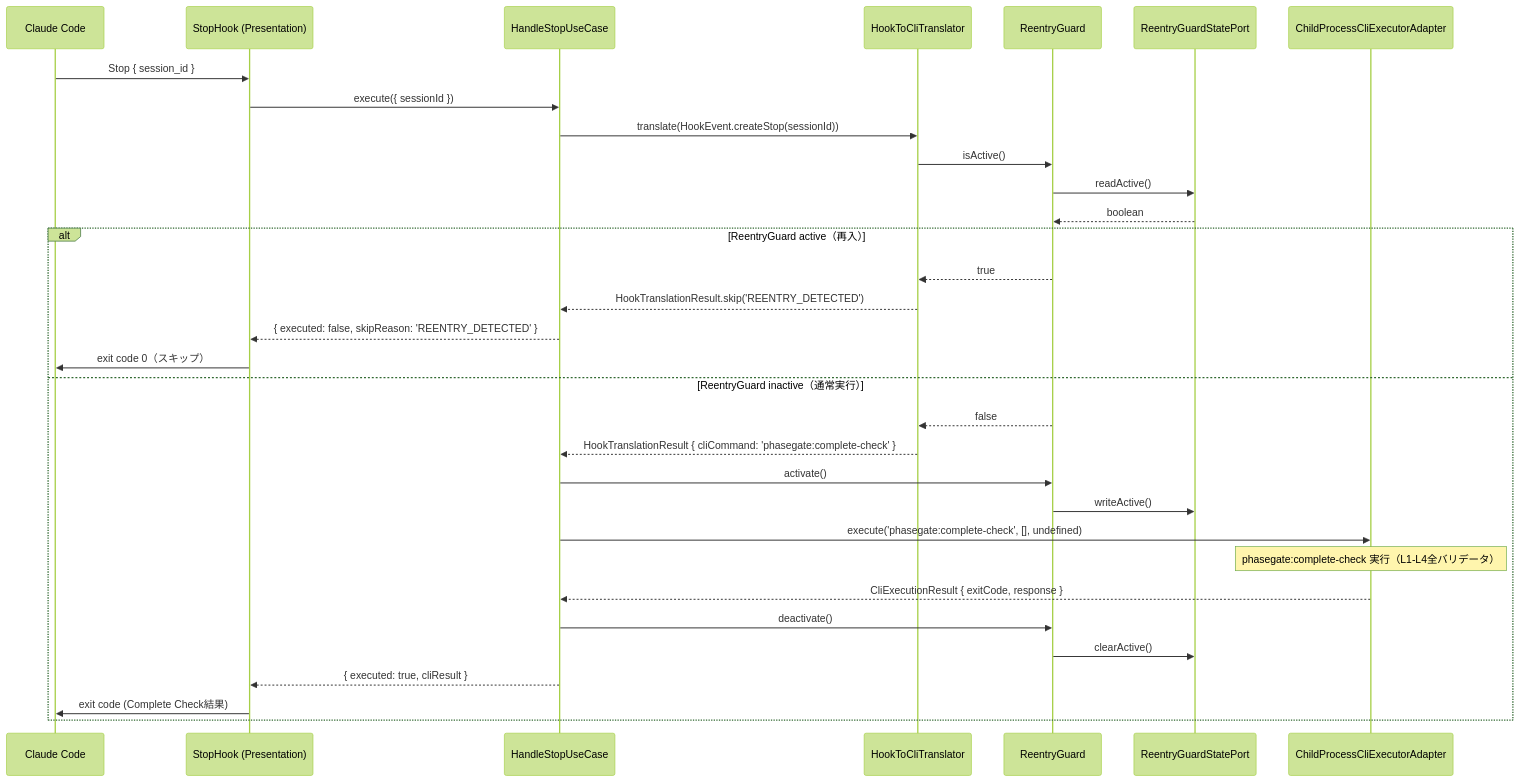
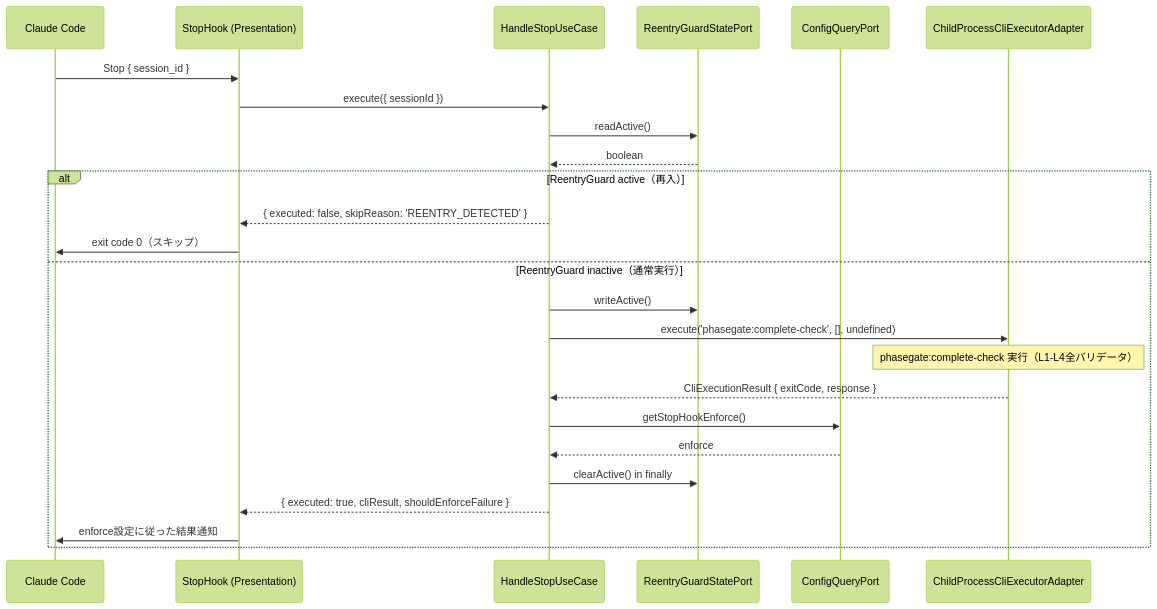
The fourth of 5 diagrams in docs/product/construction/agent-integration/logical_design.md (junpei-9898/phasegate), drawn with Mermaid (forest theme) before and after one commit. The commit also changed other lines of this file and 169 other files, not shown here.

````diff
--- a/docs/product/construction/agent-integration/logical_design.md
+++ b/docs/product/construction/agent-integration/logical_design.md
@@ -1349,35 +1405,28 @@
 ```mermaid
 sequenceDiagram
     participant CC as Claude Code
     participant SH as StopHook (Presentation)
     participant UC as HandleStopUseCase
-    participant TR as HookToCliTranslator
-    participant RG as ReentryGuard
     participant RSP as ReentryGuardStatePort
+    participant CQ as ConfigQueryPort
     participant CLI as ChildProcessCliExecutorAdapter
 
     CC->>SH: Stop { session_id }
     SH->>UC: execute({ sessionId })
-    UC->>TR: translate(HookEvent.createStop(sessionId))
-    TR->>RG: isActive()
-    RG->>RSP: readActive()
-    RSP-->>RG: boolean
+    UC->>RSP: readActive()
+    RSP-->>UC: boolean
     alt ReentryGuard active（再入）
-        RG-->>TR: true
-        TR-->>UC: HookTranslationResult.skip('REENTRY_DETECTED')
         UC-->>SH: { executed: false, skipReason: 'REENTRY_DETECTED' }
         SH->>CC: exit code 0（スキップ）
     else ReentryGuard inactive（通常実行）
-        RG-->>TR: false
-        TR-->>UC: HookTranslationResult { cliCommand: 'phasegate:complete-check' }
-        UC->>RG: activate()
-        RG->>RSP: writeActive()
+        UC->>RSP: writeActive()
         UC->>CLI: execute('phasegate:complete-check', [], undefined)
         note over CLI: phasegate:complete-check 実行（L1-L4全バリデータ）
         CLI-->>UC: CliExecutionResult { exitCode, response }
-        UC->>RG: deactivate()
-        RG->>RSP: clearActive()
-        UC-->>SH: { executed: true, cliResult }
-        SH->>CC: exit code (Complete Check結果)
+        UC->>CQ: getStopHookEnforce()
+        CQ-->>UC: enforce
+        UC->>RSP: clearActive() in finally
+        UC-->>SH: { executed: true, cliResult, shouldEnforceFailure }
+        SH->>CC: enforce設定に従った結果通知
     end
 ```
````
